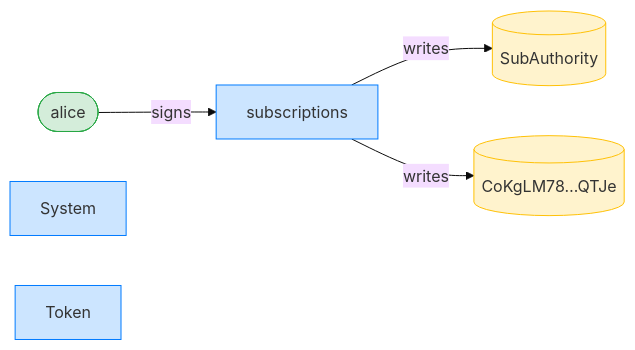
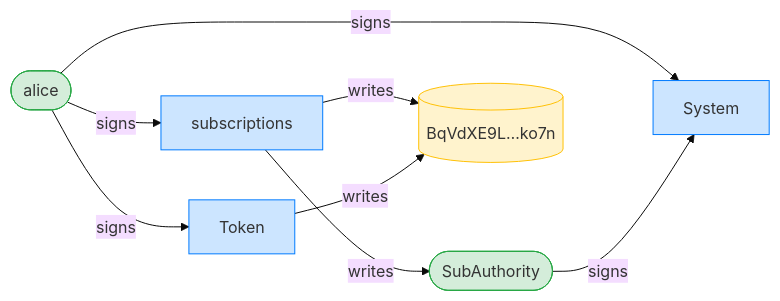
One commit to cds-rs/subscriptions changed the third of 12 diagrams in dsl_tests/revoke-abandoned-rejects-an-unbound-authority-account.md. Above: the diagram before and after it, drawn with Mermaid (base theme). The commit also changed other lines of this file and 224 other files, not shown here.

````diff
--- a/dsl_tests/revoke-abandoned-rejects-an-unbound-authority-account.md
+++ b/dsl_tests/revoke-abandoned-rejects-an-unbound-authority-account.md
@@ -53,15 +54,19 @@
 ```mermaid
 flowchart LR
     classDef signer fill:#d4edda,stroke:#28a745;
     classDef program fill:#cce5ff,stroke:#007bff;
     classDef writable fill:#fff3cd,stroke:#ffc107;
     subscriptions[subscriptions]:::program
     alice([alice]):::signer
-    SubAuthority[(SubAuthority)]:::writable
-    CoKgLM78_QTJe[("CoKgLM78…QTJe")]:::writable
+    SubAuthority([SubAuthority]):::signer
+    BqVdXE9L_ko7n[("BqVdXE9L…ko7n")]:::writable
     System[System]:::program
     Token[Token]:::program
     alice -->|signs| subscriptions
+    alice -->|signs| System
+    SubAuthority -->|signs| System
+    alice -->|signs| Token
     subscriptions -->|writes| SubAuthority
-    subscriptions -->|writes| CoKgLM78_QTJe
+    subscriptions -->|writes| BqVdXE9L_ko7n
+    Token -->|writes| BqVdXE9L_ko7n
 ```
````
